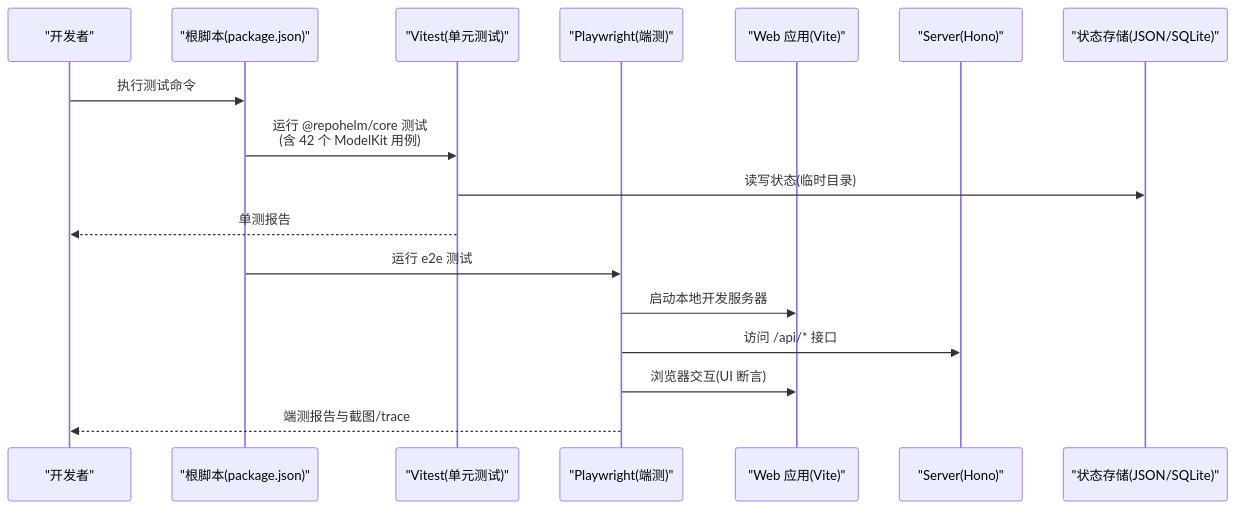
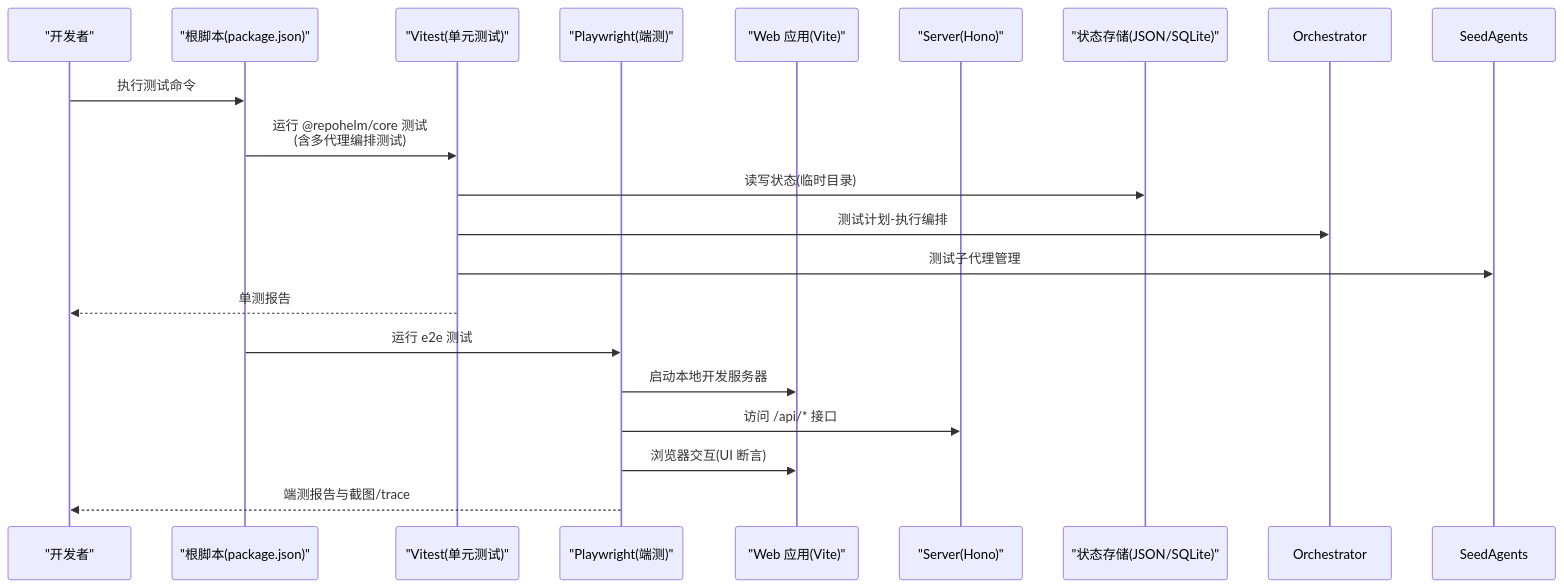
Before and after one commit to coconilu/RepoHelm: the second of 9 diagrams in .qoder/repowiki/zh/content/测试策略/测试策略.md, drawn with Mermaid. The commit also changed other lines of this file and 15 other files, not shown here.

````diff
--- a/.qoder/repowiki/zh/content/测试策略/测试策略.md
+++ b/.qoder/repowiki/zh/content/测试策略/测试策略.md
@@ -110,19 +121,21 @@
 ```mermaid
 sequenceDiagram
 participant Dev as "开发者"
 participant Root as "根脚本(package.json)"
 participant Vitest as "Vitest(单元测试)"
 participant PW as "Playwright(端测)"
 participant Web as "Web 应用(Vite)"
 participant Srv as "Server(Hono)"
 participant Store as "状态存储(JSON/SQLite)"
 Dev->>Root : 执行测试命令
-Root->>Vitest : 运行 @repohelm/core 测试<br/>(含 42 个 ModelKit 用例)
+Root->>Vitest : 运行 @repohelm/core 测试<br/>(含多代理编排测试)
 Vitest->>Store : 读写状态(临时目录)
+Vitest->>Orchestrator : 测试计划-执行编排
+Vitest->>SeedAgents : 测试子代理管理
 Vitest-->>Dev : 单测报告
 Root->>PW : 运行 e2e 测试
 PW->>Web : 启动本地开发服务器
 PW->>Srv : 访问 /api/* 接口
 PW->>Web : 浏览器交互(UI 断言)
 PW-->>Dev : 端测报告与截图/trace
 ```
````
